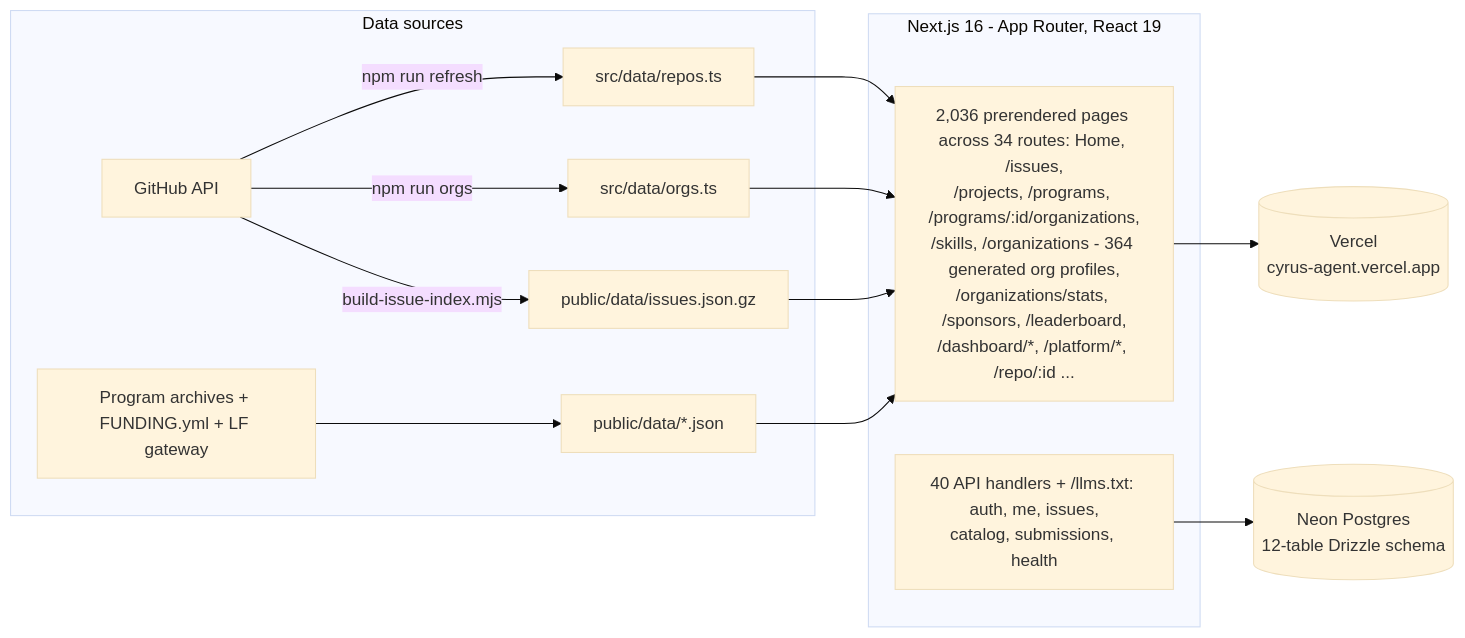
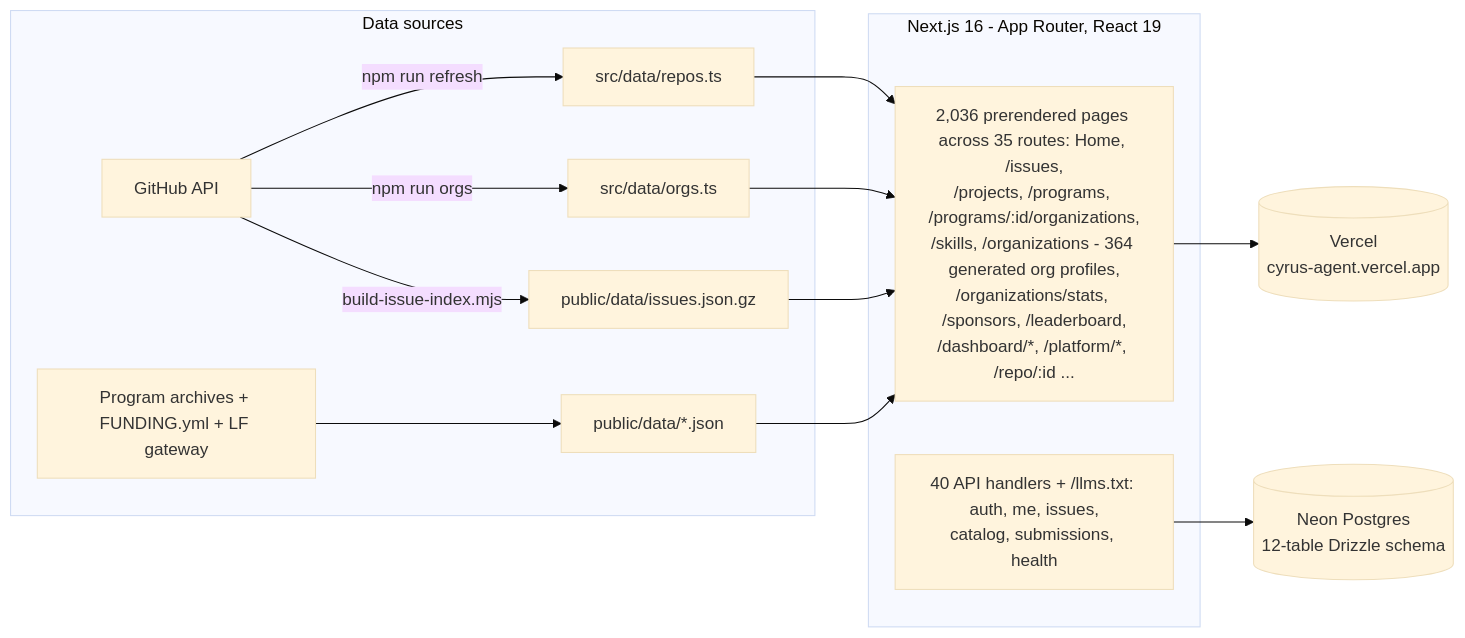
One commit to adityalenova/cyrus changed the second of 2 diagrams in README.md. Above: the diagram before and after it, drawn with Mermaid (base theme). The commit also changed other lines of this file and 66 other files, not shown here.

````diff
--- a/README.md
+++ b/README.md
@@ -348,15 +348,15 @@
 ```mermaid
 flowchart LR
     subgraph sources [Data sources]
         GH[GitHub API] -->|npm run refresh| D1[src/data/repos.ts]
         GH -->|npm run orgs| D2[src/data/orgs.ts]
         GH -->|build-issue-index.mjs| D3[public/data/issues.json.gz]
         SOC[Program archives + FUNDING.yml + LF gateway] --> D4[public/data/*.json]
     end
     subgraph app [Next.js 16 - App Router, React 19]
-        D1 & D2 & D3 & D4 --> PAGES[2,036 prerendered pages across 34 routes: Home, /issues,<br/>/projects, /programs, /programs/:id/organizations,<br/>/skills, /organizations - 364 generated org profiles,<br/>/organizations/stats, /sponsors, /leaderboard,<br/>/dashboard/*, /platform/*, /repo/:id ...]
+        D1 & D2 & D3 & D4 --> PAGES[2,036 prerendered pages across 35 routes: Home, /issues,<br/>/projects, /programs, /programs/:id/organizations,<br/>/skills, /organizations - 364 generated org profiles,<br/>/organizations/stats, /sponsors, /leaderboard,<br/>/dashboard/*, /platform/*, /repo/:id ...]
         API[40 API handlers + /llms.txt: auth, me, issues,<br/>catalog, submissions, health]
     end
     PAGES --> V[(Vercel<br/>cyrus-agent.vercel.app)]
     API --> DB[(Neon Postgres<br/>12-table Drizzle schema)]
 ```
````
